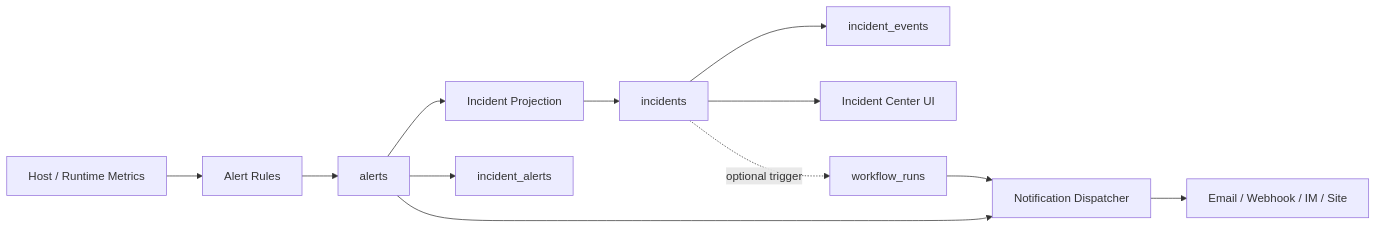
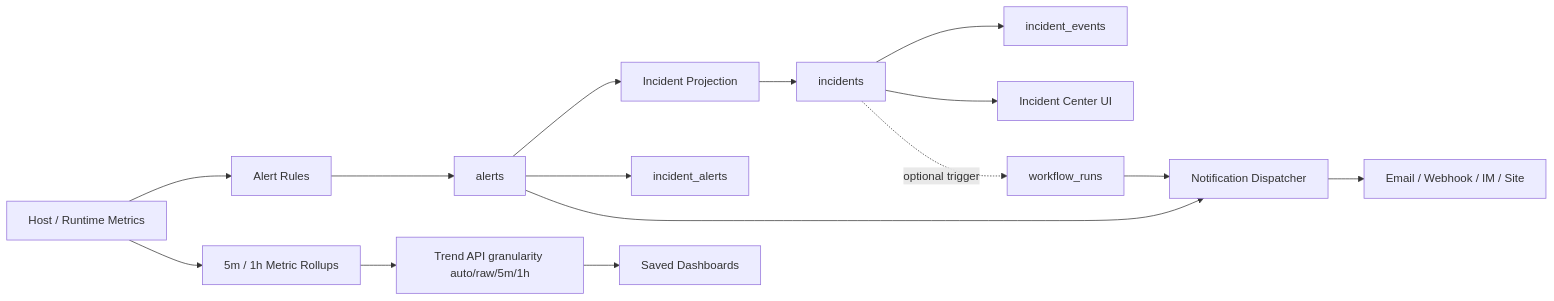
The third of 5 diagrams in docs/UML/core-uml-v1.0-update.en.md (Zhenmeng8023/OpsPilot), drawn with Mermaid before and after one commit. The commit also changed other lines of this file and 17 other files, not shown here.

````diff
--- a/docs/UML/core-uml-v1.0-update.en.md
+++ b/docs/UML/core-uml-v1.0-update.en.md
@@ -125,16 +125,19 @@
 ```mermaid
 flowchart LR
   Metrics["Host / Runtime Metrics"] --> Rules["Alert Rules"]
+  Metrics --> Rollups["5m / 1h Metric Rollups"]
+  Rollups --> TrendAPI["Trend API granularity auto/raw/5m/1h"]
+  TrendAPI --> Dashboards["Saved Dashboards"]
   Rules --> Alerts["alerts"]
   Alerts --> IncidentProject["Incident Projection"]
   IncidentProject --> Incidents["incidents"]
   Alerts --> IncidentLinks["incident_alerts"]
   Incidents --> IncidentEvents["incident_events"]
 
   Incidents --> Console["Incident Center UI"]
   Alerts --> Notifications["Notification Dispatcher"]
   Notifications --> Channels["Email / Webhook / IM / Site"]
 
   Incidents -.optional trigger.-> Workflows["workflow_runs"]
   Workflows --> Notifications
 ```
````
